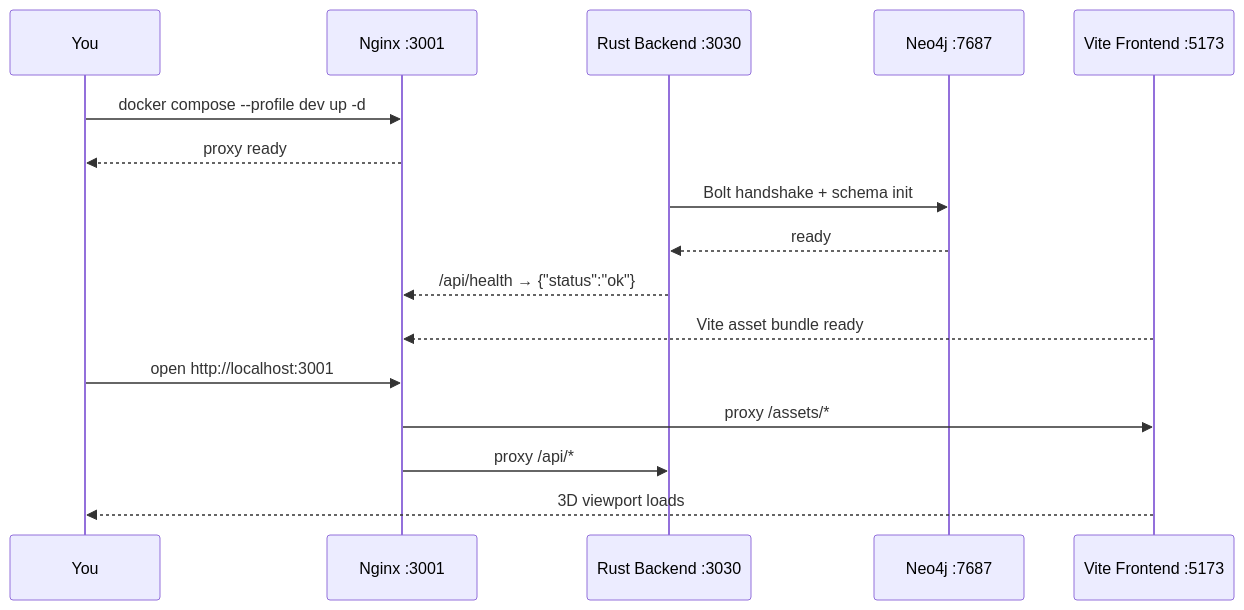
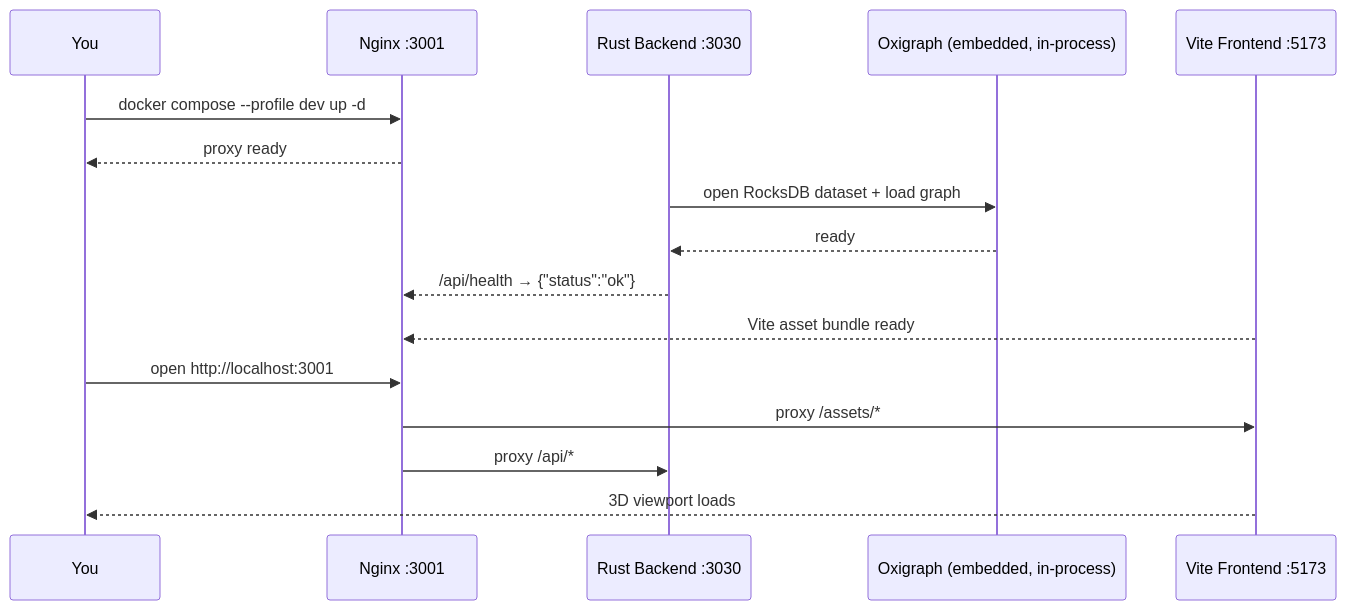
Before and after one commit to shaneholloman/logseq-spring-thing: the diagram in docs/tutorials/first-graph.md, drawn with Mermaid. The commit also changed other lines of this file and 58 other files, not shown here.

First line of the commit message:
docs: Neo4j→Oxigraph + webxr→visionclaw alignment, physics controls, health probes

````diff
--- a/docs/tutorials/first-graph.md
+++ b/docs/tutorials/first-graph.md
@@ -75,19 +77,19 @@
 ```mermaid
 sequenceDiagram
     participant U as You
     participant N as Nginx :3001
     participant R as Rust Backend :3030
-    participant G as Neo4j :7687
+    participant G as Oxigraph (embedded, in-process)
     participant V as Vite Frontend :5173
 
     U->>N: docker compose --profile dev up -d
     N-->>U: proxy ready
-    R->>G: Bolt handshake + schema init
+    R->>G: open RocksDB dataset + load graph
     G-->>R: ready
     R-->>N: /api/health → {"status":"ok"}
     V-->>N: Vite asset bundle ready
     U->>N: open http://localhost:3001
     N->>V: proxy /assets/*
     N->>R: proxy /api/*
     V-->>U: 3D viewport loads
 ```
````
